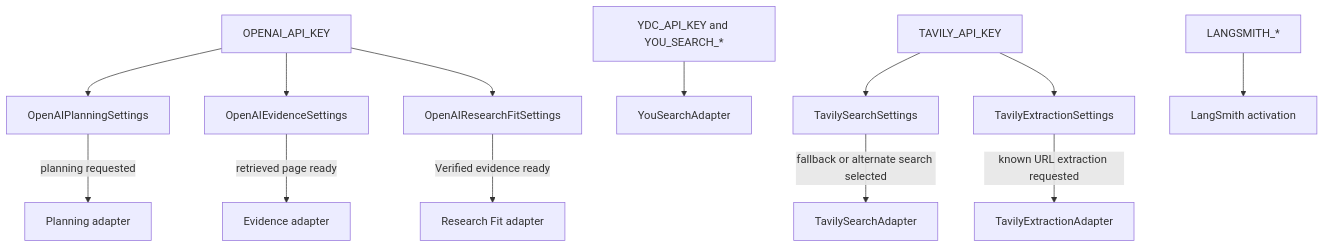
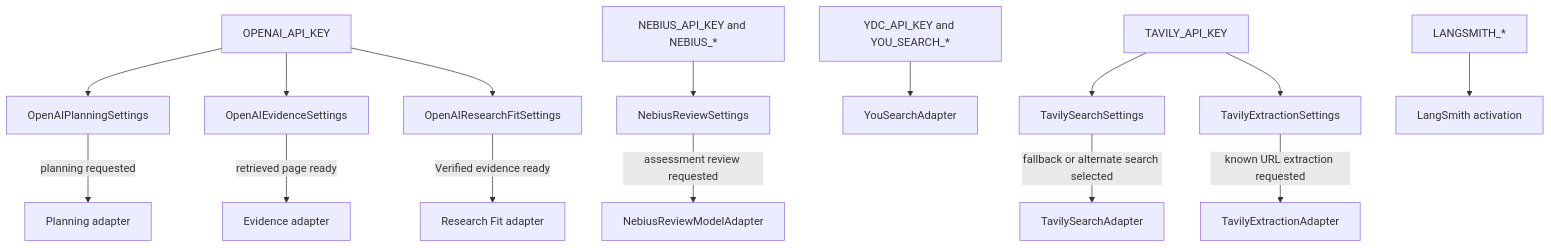
Before and after one commit to shanly-rajan/ai-builder: diagram 15 of 16 in projects/scholar-path/docs/architecture.md, drawn with Mermaid. The commit also changed other lines of this file and 37 other files, not shown here.

Commit message:
feat: add Nebius independent Research Fit review

````diff
--- a/projects/scholar-path/docs/architecture.md
+++ b/projects/scholar-path/docs/architecture.md
@@ -500,15 +565,17 @@
 ```mermaid
 flowchart TB
     OAI[OPENAI_API_KEY] --> OP[OpenAIPlanningSettings]
     OAI --> OE[OpenAIEvidenceSettings]
     OAI --> ORF[OpenAIResearchFitSettings]
     OP -->|planning requested| OPA[Planning adapter]
     OE -->|retrieved page ready| OEA[Evidence adapter]
     ORF -->|Verified evidence ready| ORFA[Research Fit adapter]
+    NEB[NEBIUS_API_KEY and NEBIUS_*] --> NS[NebiusReviewSettings]
+    NS -->|assessment review requested| NRA[NebiusReviewModelAdapter]
     YDC[YDC_API_KEY and YOU_SEARCH_*] --> YOU[YouSearchAdapter]
     TKEY[TAVILY_API_KEY] --> TS[TavilySearchSettings]
     TKEY --> TE[TavilyExtractionSettings]
     TS -->|fallback or alternate search selected| TSA[TavilySearchAdapter]
     TE -->|known URL extraction requested| TEA[TavilyExtractionAdapter]
     LS[LANGSMITH_*] --> LSC[LangSmith activation]
 ```
````
